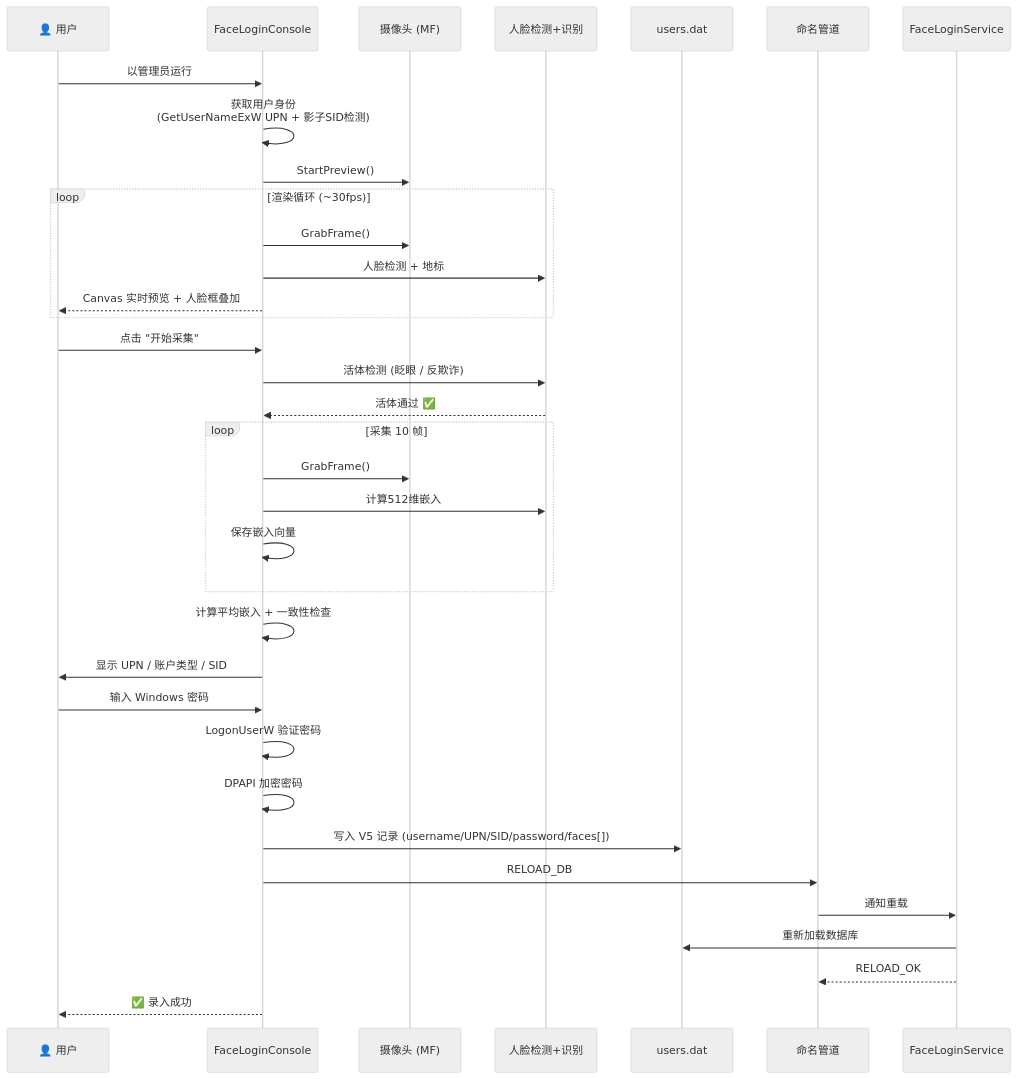
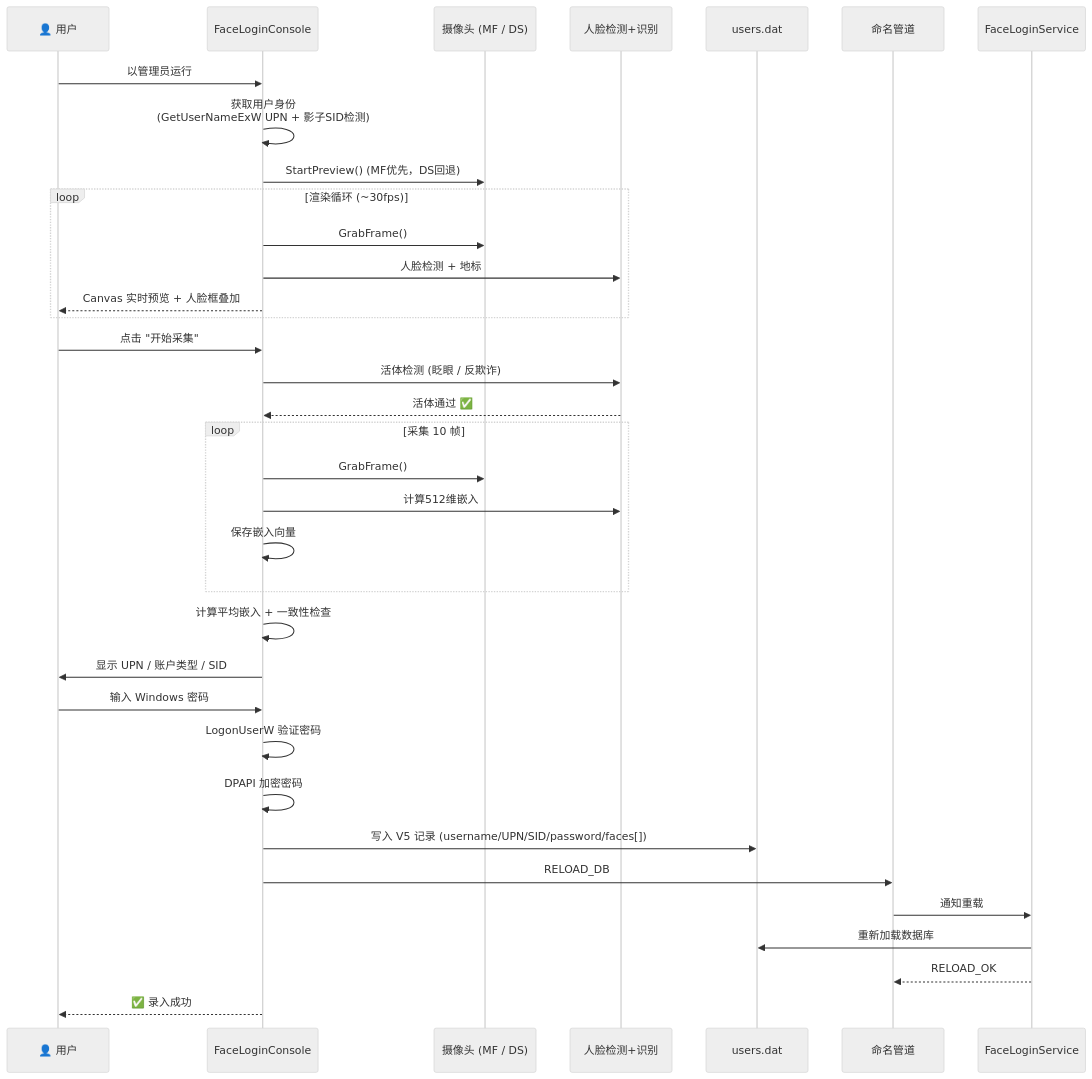
The third of 3 diagrams in DEVELOPMENT.md (EthanZer0/FaceLogin), drawn with Mermaid (neutral theme) before and after one commit. The commit also changed other lines of this file and 9 other files, not shown here.

````diff
--- a/DEVELOPMENT.md
+++ b/DEVELOPMENT.md
@@ -255,38 +253,38 @@
 ```mermaid
 sequenceDiagram
     participant User as 👤 用户
     participant App as FaceLoginConsole
-    participant Cam as 摄像头 (MF)
+    participant Cam as 摄像头 (MF / DS)
     participant Detector as 人脸检测+识别
     participant Store as users.dat
     participant Pipe as 命名管道
     participant Svc as FaceLoginService
 
     User->>App: 以管理员运行
     App->>App: 获取用户身份<br/>(GetUserNameExW UPN + 影子SID检测)
-    App->>Cam: StartPreview()
+    App->>Cam: StartPreview() (MF优先，DS回退)
     loop 渲染循环 (~30fps)
         App->>Cam: GrabFrame()
         App->>Detector: 人脸检测 + 地标
         App-->>User: Canvas 实时预览 + 人脸框叠加
     end
     User->>App: 点击 "开始采集"
     App->>Detector: 活体检测 (眨眼 / 反欺诈)
     Detector-->>App: 活体通过 ✅
     loop 采集 10 帧
         App->>Cam: GrabFrame()
         App->>Detector: 计算512维嵌入
         App->>App: 保存嵌入向量
     end
     App->>App: 计算平均嵌入 + 一致性检查
     App->>User: 显示 UPN / 账户类型 / SID
     User->>App: 输入 Windows 密码
     App->>App: LogonUserW 验证密码
     App->>App: DPAPI 加密密码
     App->>Store: 写入 V5 记录 (username/UPN/SID/password/faces[])
     App->>Pipe: RELOAD_DB
     Pipe->>Svc: 通知重载
     Svc->>Store: 重新加载数据库
     Svc-->>Pipe: RELOAD_OK
     App-->>User: ✅ 录入成功
 ```
````
